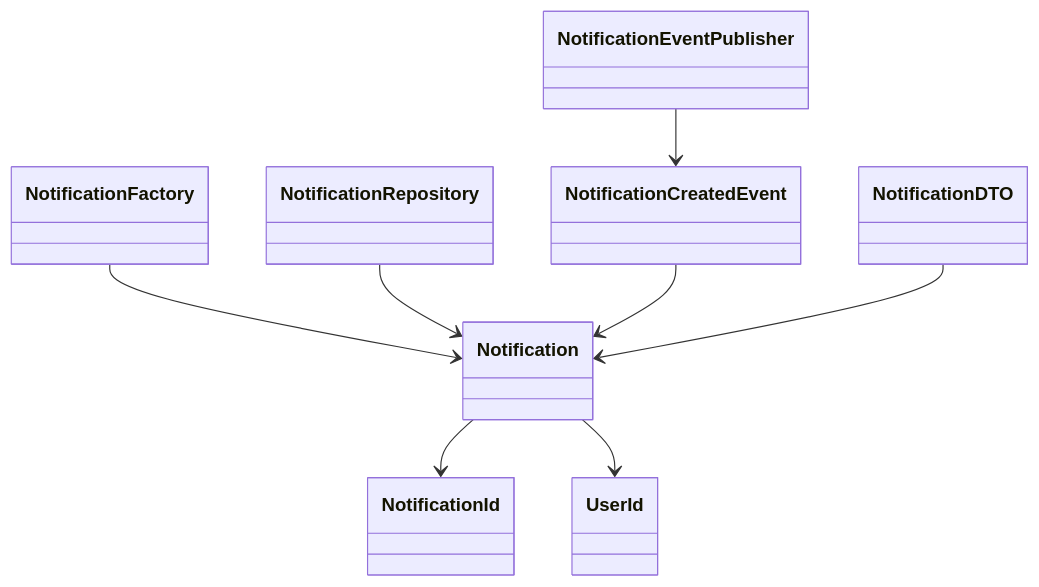
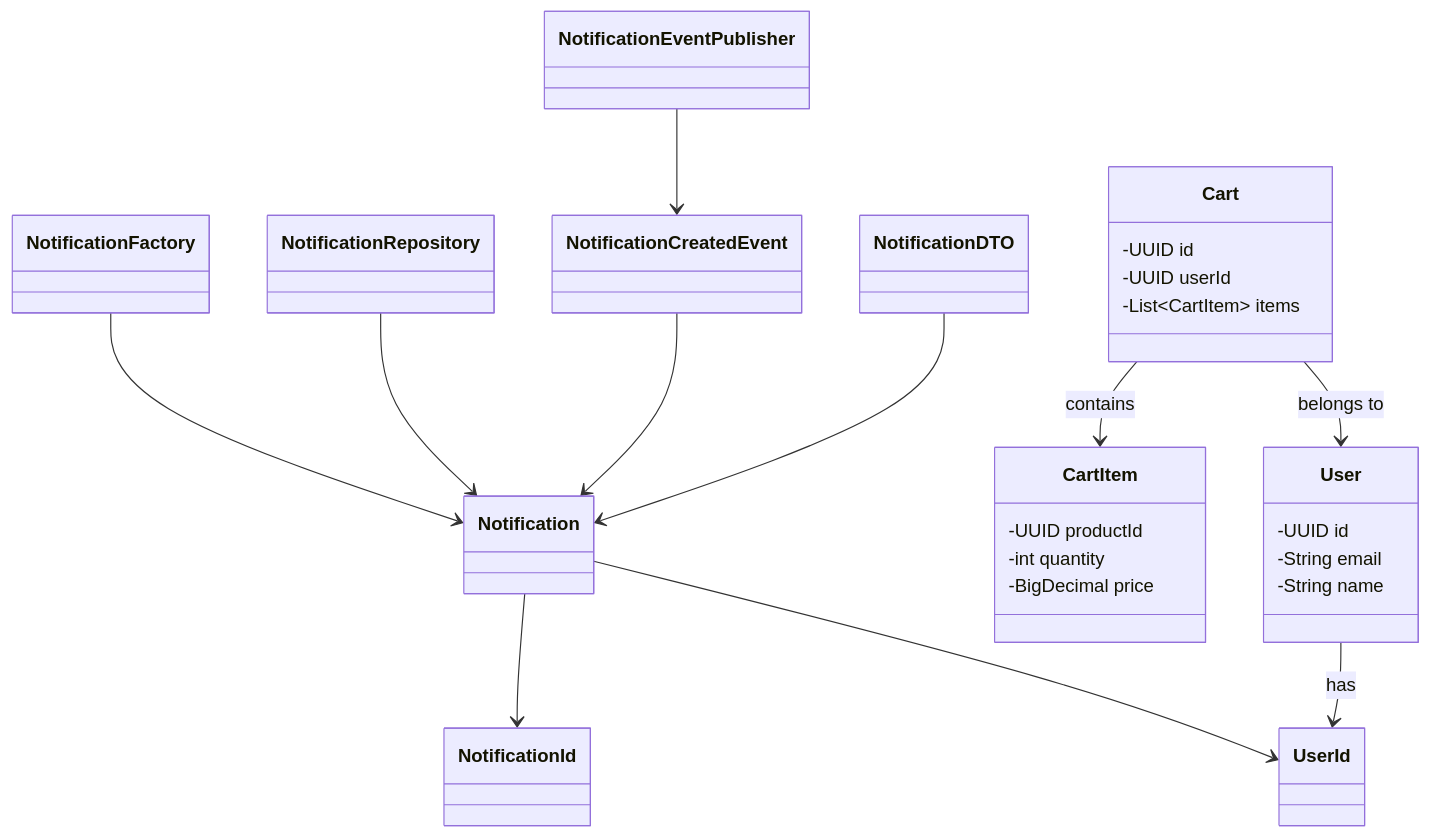
Before and after one commit to GFTCOMS/WRK25COMMUNICATION: the diagram in docs/domain-model.mmd, drawn with Mermaid. The commit also changed 8 other files, not shown here.

```diff
--- a/docs/domain-model.mmd
+++ b/docs/domain-model.mmd
@@ -1,8 +1,29 @@
 classDiagram
+    class User {
+        -UUID id
+        -String email
+        -String name
+    }
+
+    class Cart {
+        -UUID id
+        -UUID userId
+        -List~CartItem~ items
+    }
+
+    class CartItem {
+        -UUID productId
+        -int quantity
+        -BigDecimal price
+    }
+
     Notification --> NotificationId
     Notification --> UserId
     NotificationFactory --> Notification
     NotificationRepository --> Notification
     NotificationCreatedEvent --> Notification
     NotificationDTO --> Notification
     NotificationEventPublisher --> NotificationCreatedEvent
+    User --> UserId : has
+    Cart --> User : belongs to
+    Cart --> CartItem : contains
```
